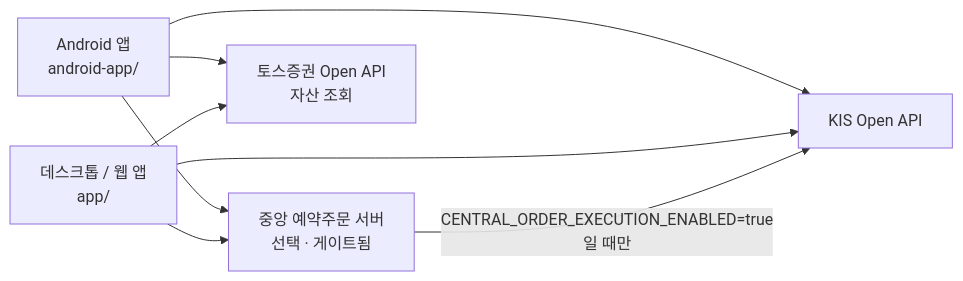
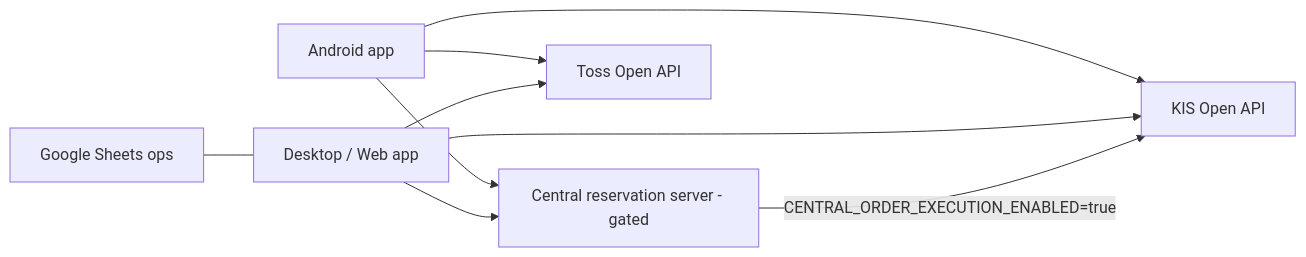
Before and after one commit to ianlyoo/koreainv-dashboard: the diagram in README.md, drawn with Mermaid. The commit also changed other lines of this file and 1 other file, not shown here.

````diff
--- a/README.md
+++ b/README.md
@@ -24,10 +42,11 @@
 ```mermaid
 flowchart LR
-    A[데스크톱 / 웹 앱<br/>app/] --> C[중앙 예약주문 서버<br/>선택 · 게이트됨]
-    B[Android 앱<br/>android-app/] --> C
-    C -- "CENTRAL_ORDER_EXECUTION_ENABLED=true<br/>일 때만" --> D[KIS Open API]
+    A[Desktop / Web app] --> C[Central reservation server - gated]
+    B[Android app] --> C
+    C -- "CENTRAL_ORDER_EXECUTION_ENABLED=true" --> D[KIS Open API]
     A --> D
     B --> D
-    A --> E[토스증권 Open API<br/>자산 조회]
+    A --> E[Toss Open API]
     B --> E
+    F[Google Sheets ops] --- A
 ```
````
